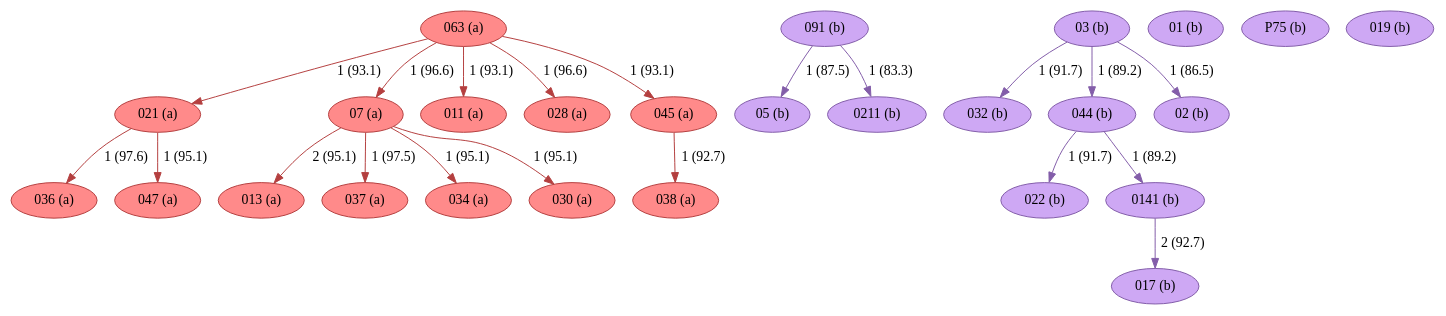
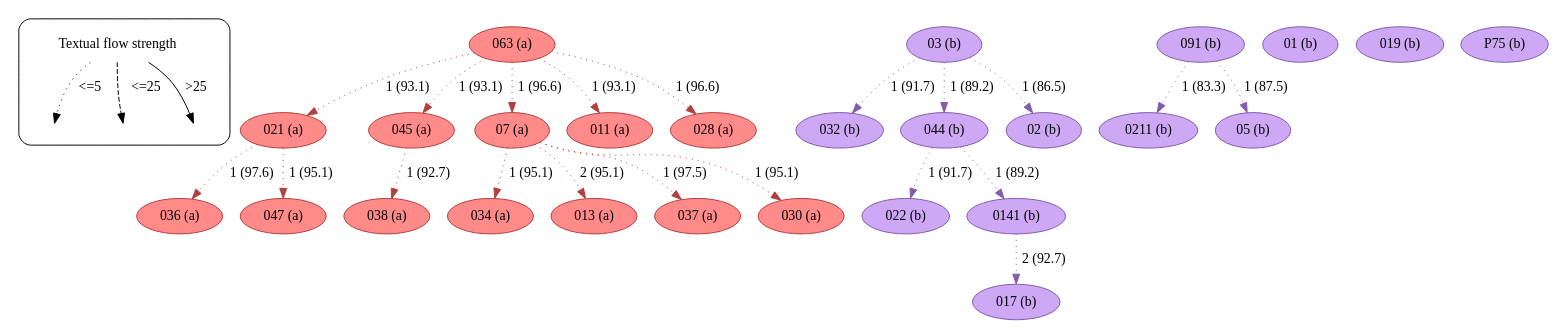
Before and after one commit to edmondac/CBGM: the diagram in example/c2/textual_flow_22_76_c2.dot, drawn with Graphviz. The commit also changed 167 other files, not shown here.

```diff
--- a/example/c2/textual_flow_22_76_c2.dot
+++ b/example/c2/textual_flow_22_76_c2.dot
@@ -1,48 +1,190 @@
-strict digraph G {
-"013 (a)" [fillcolor="#FF8A8A", color="#b43f3f", style=filled];
-"05 (b)" [fillcolor="#CEA8F4", color="#835da9", style=filled];
-"021 (a)" [fillcolor="#FF8A8A", color="#b43f3f", style=filled];
-"037 (a)" [fillcolor="#FF8A8A", color="#b43f3f", style=filled];
-"017 (b)" [fillcolor="#CEA8F4", color="#835da9", style=filled];
-"036 (a)" [fillcolor="#FF8A8A", color="#b43f3f", style=filled];
-"07 (a)" [fillcolor="#FF8A8A", color="#b43f3f", style=filled];
-"091 (b)" [fillcolor="#CEA8F4", color="#835da9", style=filled];
-"022 (b)" [fillcolor="#CEA8F4", color="#835da9", style=filled];
-"034 (a)" [fillcolor="#FF8A8A", color="#b43f3f", style=filled];
-"0211 (b)" [fillcolor="#CEA8F4", color="#835da9", style=filled];
-"032 (b)" [fillcolor="#CEA8F4", color="#835da9", style=filled];
-"044 (b)" [fillcolor="#CEA8F4", color="#835da9", style=filled];
-"011 (a)" [fillcolor="#FF8A8A", color="#b43f3f", style=filled];
-"038 (a)" [fillcolor="#FF8A8A", color="#b43f3f", style=filled];
-"01 (b)" [fillcolor="#CEA8F4", color="#835da9", style=filled];
-"030 (a)" [fillcolor="#FF8A8A", color="#b43f3f", style=filled];
-"028 (a)" [fillcolor="#FF8A8A", color="#b43f3f", style=filled];
-"P75 (b)" [fillcolor="#CEA8F4", color="#835da9", style=filled];
-"045 (a)" [fillcolor="#FF8A8A", color="#b43f3f", style=filled];
-"019 (b)" [fillcolor="#CEA8F4", color="#835da9", style=filled];
-"047 (a)" [fillcolor="#FF8A8A", color="#b43f3f", style=filled];
-"0141 (b)" [fillcolor="#CEA8F4", color="#835da9", style=filled];
-"03 (b)" [fillcolor="#CEA8F4", color="#835da9", style=filled];
-"063 (a)" [fillcolor="#FF8A8A", color="#b43f3f", style=filled];
-"02 (b)" [fillcolor="#CEA8F4", color="#835da9", style=filled];
-"021 (a)" -> "036 (a)"  [color="#b43f3f", label="1 (97.6)"];
-"021 (a)" -> "047 (a)"  [color="#b43f3f", label="1 (95.1)"];
-"07 (a)" -> "013 (a)"  [color="#b43f3f", label="2 (95.1)"];
-"07 (a)" -> "034 (a)"  [color="#b43f3f", label="1 (95.1)"];
-"07 (a)" -> "037 (a)"  [color="#b43f3f", label="1 (97.5)"];
-"07 (a)" -> "030 (a)"  [color="#b43f3f", label="1 (95.1)"];
-"091 (b)" -> "05 (b)"  [color="#835da9", label="1 (87.5)"];
-"091 (b)" -> "0211 (b)"  [color="#835da9", label="1 (83.3)"];
-"044 (b)" -> "022 (b)"  [color="#835da9", label="1 (91.7)"];
-"044 (b)" -> "0141 (b)"  [color="#835da9", label="1 (89.2)"];
-"045 (a)" -> "038 (a)"  [color="#b43f3f", label="1 (92.7)"];
-"0141 (b)" -> "017 (b)"  [color="#835da9", label="2 (92.7)"];
-"03 (b)" -> "032 (b)"  [color="#835da9", label="1 (91.7)"];
-"03 (b)" -> "02 (b)"  [color="#835da9", label="1 (86.5)"];
-"03 (b)" -> "044 (b)"  [color="#835da9", label="1 (89.2)"];
-"063 (a)" -> "045 (a)"  [color="#b43f3f", label="1 (93.1)"];
-"063 (a)" -> "028 (a)"  [color="#b43f3f", label="1 (96.6)"];
-"063 (a)" -> "011 (a)"  [color="#b43f3f", label="1 (93.1)"];
-"063 (a)" -> "07 (a)"  [color="#b43f3f", label="1 (96.6)"];
-"063 (a)" -> "021 (a)"  [color="#b43f3f", label="1 (93.1)"];
+strict digraph  {
+	node [label="\N"];
+	subgraph cluster_legend {
+		graph [style=rounded];
+		leg_s		 [label="Textual flow strength",
+			shape=plaintext];
+		leg_e1		 [fixedsize=True,
+			height=0.2,
+			label="",
+			style=invis];
+		leg_s -> leg_e1		 [label="<=5  ",
+			style=dotted];
+		leg_e2		 [fixedsize=True,
+			height=0.2,
+			label="",
+			style=invis];
+		leg_s -> leg_e2		 [label="  <=25",
+			style=dashed];
+		leg_e3		 [fixedsize=True,
+			height=0.2,
+			label="",
+			style=invis];
+		leg_s -> leg_e3		 [label=">25",
+			style=solid];
+	}
+	021	 [color="#b43f3f",
+		fillcolor="#FF8A8A",
+		label="021 (a)",
+		style=filled];
+	036	 [color="#b43f3f",
+		fillcolor="#FF8A8A",
+		label="036 (a)",
+		style=filled];
+	021 -> 036	 [color="#b43f3f",
+		label="1 (97.6)",
+		style=dotted];
+	047	 [color="#b43f3f",
+		fillcolor="#FF8A8A",
+		label="047 (a)",
+		style=filled];
+	021 -> 047	 [color="#b43f3f",
+		label="1 (95.1)",
+		style=dotted];
+	063	 [color="#b43f3f",
+		fillcolor="#FF8A8A",
+		label="063 (a)",
+		style=filled];
+	063 -> 021	 [color="#b43f3f",
+		label="1 (93.1)",
+		style=dotted];
+	045	 [color="#b43f3f",
+		fillcolor="#FF8A8A",
+		label="045 (a)",
+		style=filled];
+	063 -> 045	 [color="#b43f3f",
+		label="1 (93.1)",
+		style=dotted];
+	07	 [color="#b43f3f",
+		fillcolor="#FF8A8A",
+		label="07 (a)",
+		style=filled];
+	063 -> 07	 [color="#b43f3f",
+		label="1 (96.6)",
+		style=dotted];
+	011	 [color="#b43f3f",
+		fillcolor="#FF8A8A",
+		label="011 (a)",
+		style=filled];
+	063 -> 011	 [color="#b43f3f",
+		label="1 (93.1)",
+		style=dotted];
+	028	 [color="#b43f3f",
+		fillcolor="#FF8A8A",
+		label="028 (a)",
+		style=filled];
+	063 -> 028	 [color="#b43f3f",
+		label="1 (96.6)",
+		style=dotted];
+	038	 [color="#b43f3f",
+		fillcolor="#FF8A8A",
+		label="038 (a)",
+		style=filled];
+	045 -> 038	 [color="#b43f3f",
+		label="1 (92.7)",
+		style=dotted];
+	034	 [color="#b43f3f",
+		fillcolor="#FF8A8A",
+		label="034 (a)",
+		style=filled];
+	07 -> 034	 [color="#b43f3f",
+		label="1 (95.1)",
+		style=dotted];
+	013	 [color="#b43f3f",
+		fillcolor="#FF8A8A",
+		label="013 (a)",
+		style=filled];
+	07 -> 013	 [color="#b43f3f",
+		label="2 (95.1)",
+		style=dotted];
+	037	 [color="#b43f3f",
+		fillcolor="#FF8A8A",
+		label="037 (a)",
+		style=filled];
+	07 -> 037	 [color="#b43f3f",
+		label="1 (97.5)",
+		style=dotted];
+	030	 [color="#b43f3f",
+		fillcolor="#FF8A8A",
+		label="030 (a)",
+		style=filled];
+	07 -> 030	 [color="#b43f3f",
+		label="1 (95.1)",
+		style=dotted];
+	03	 [color="#835da9",
+		fillcolor="#CEA8F4",
+		label="03 (b)",
+		style=filled];
+	032	 [color="#835da9",
+		fillcolor="#CEA8F4",
+		label="032 (b)",
+		style=filled];
+	03 -> 032	 [color="#835da9",
+		label="1 (91.7)",
+		style=dotted];
+	044	 [color="#835da9",
+		fillcolor="#CEA8F4",
+		label="044 (b)",
+		style=filled];
+	03 -> 044	 [color="#835da9",
+		label="1 (89.2)",
+		style=dotted];
+	02	 [color="#835da9",
+		fillcolor="#CEA8F4",
+		label="02 (b)",
+		style=filled];
+	03 -> 02	 [color="#835da9",
+		label="1 (86.5)",
+		style=dotted];
+	022	 [color="#835da9",
+		fillcolor="#CEA8F4",
+		label="022 (b)",
+		style=filled];
+	044 -> 022	 [color="#835da9",
+		label="1 (91.7)",
+		style=dotted];
+	0141	 [color="#835da9",
+		fillcolor="#CEA8F4",
+		label="0141 (b)",
+		style=filled];
+	044 -> 0141	 [color="#835da9",
+		label="1 (89.2)",
+		style=dotted];
+	017	 [color="#835da9",
+		fillcolor="#CEA8F4",
+		label="017 (b)",
+		style=filled];
+	0141 -> 017	 [color="#835da9",
+		label="2 (92.7)",
+		style=dotted];
+	091	 [color="#835da9",
+		fillcolor="#CEA8F4",
+		label="091 (b)",
+		style=filled];
+	0211	 [color="#835da9",
+		fillcolor="#CEA8F4",
+		label="0211 (b)",
+		style=filled];
+	091 -> 0211	 [color="#835da9",
+		label="1 (83.3)",
+		style=dotted];
+	05	 [color="#835da9",
+		fillcolor="#CEA8F4",
+		label="05 (b)",
+		style=filled];
+	091 -> 05	 [color="#835da9",
+		label="1 (87.5)",
+		style=dotted];
+	01	 [color="#835da9",
+		fillcolor="#CEA8F4",
+		label="01 (b)",
+		style=filled];
+	019	 [color="#835da9",
+		fillcolor="#CEA8F4",
+		label="019 (b)",
+		style=filled];
+	P75	 [color="#835da9",
+		fillcolor="#CEA8F4",
+		label="P75 (b)",
+		style=filled];
 }
```
